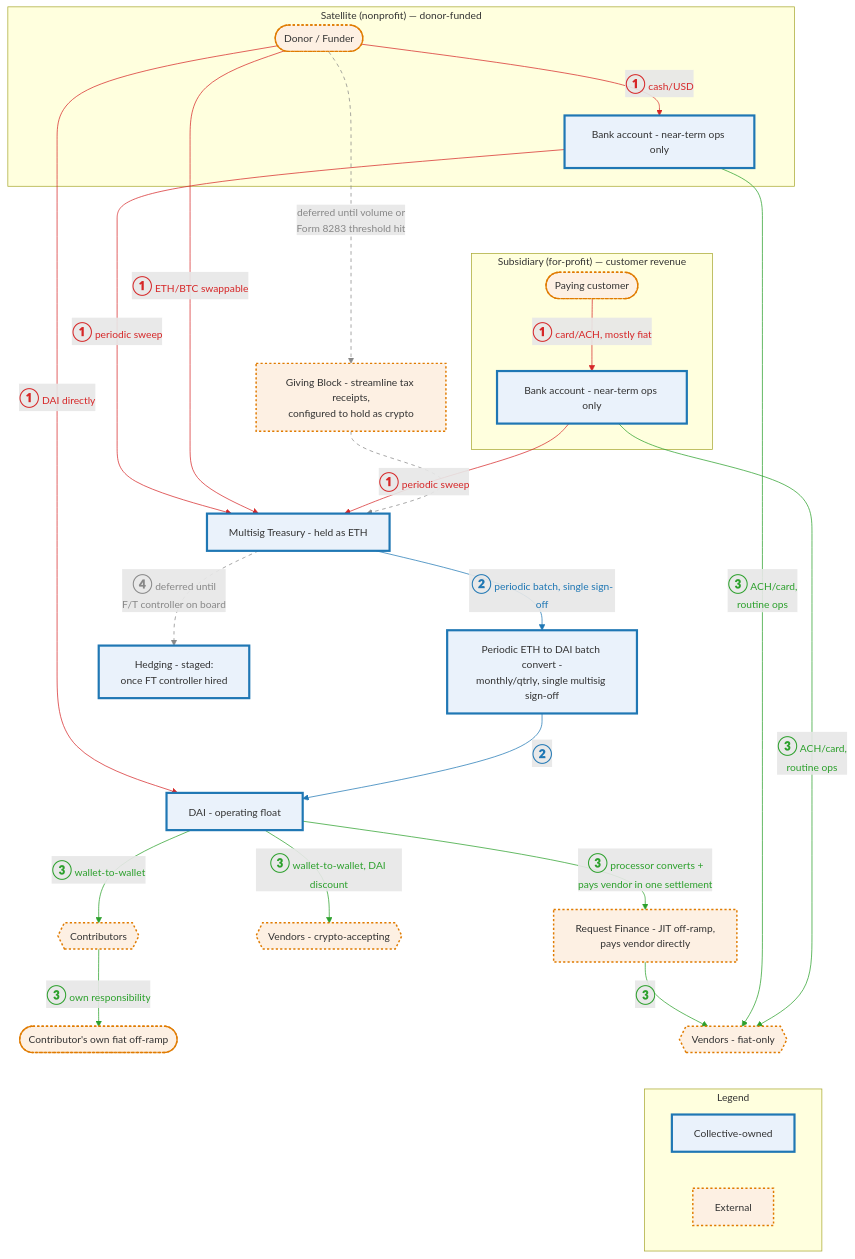
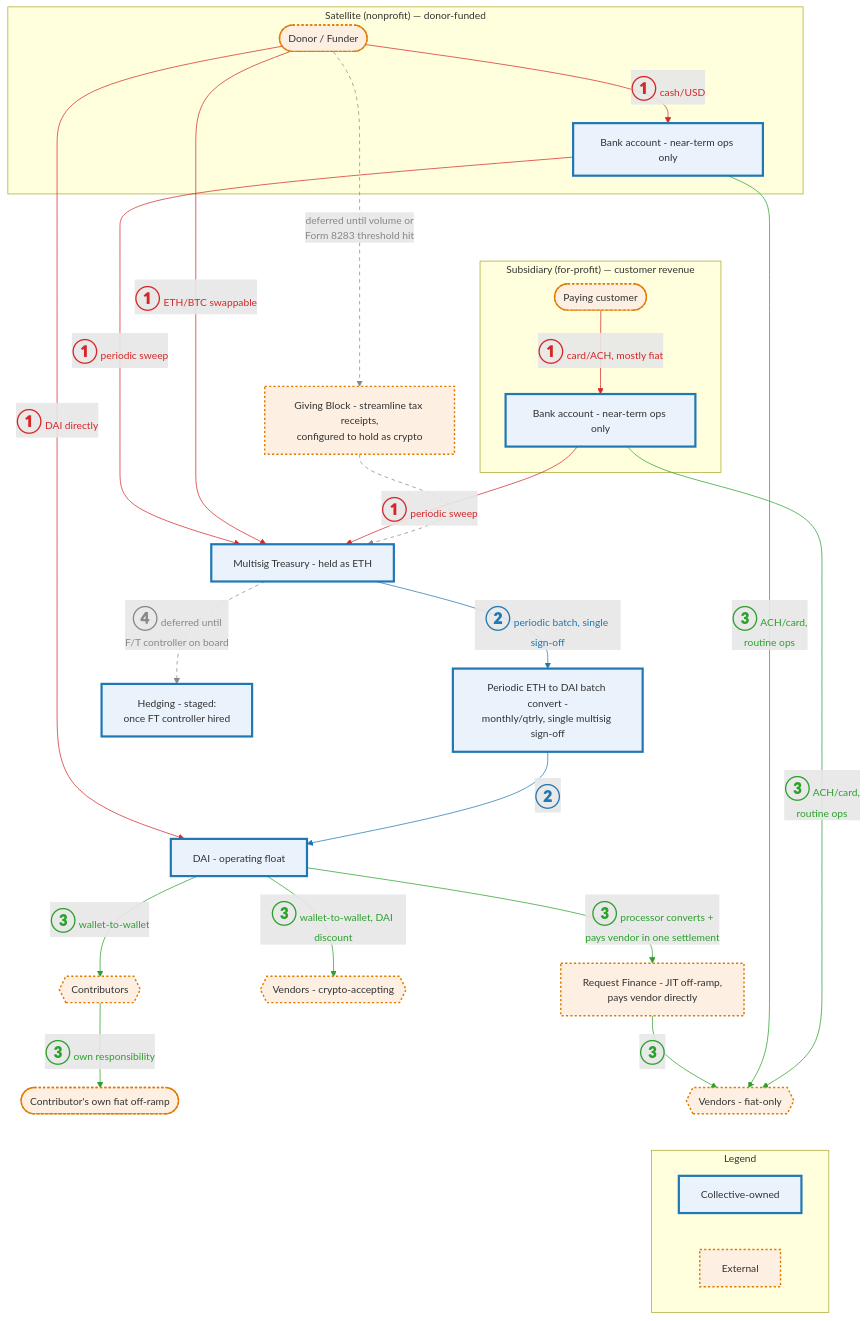
One commit to doikayt/admin changed the diagram in governance/diagrams/fund-flows.mmd. Above: the diagram before and after it, drawn with Mermaid. The commit also changed 4 other files, not shown here.

Commit message:
docs: bump circled flow numbers in diagrams to 2.3em

```diff
--- a/governance/diagrams/fund-flows.mmd
+++ b/governance/diagrams/fund-flows.mmd
@@ -1,66 +1,66 @@
 %%{init: {"themeVariables": {"fontSize": "14px"}}}%%
 flowchart TD
     subgraph SAT["Satellite (nonprofit) — donor-funded"]
         Donor([Donor / Funder])
         SatBank[Bank account - near-term ops only]
     end
 
     subgraph SUB["Subsidiary (for-profit) — customer revenue"]
         Customer([Paying customer])
         SubBank[Bank account - near-term ops only]
     end
 
     DonationProcessor[Giving Block - streamline tax receipts,<br/>configured to hold as crypto]
     Treasury[Multisig Treasury - held as ETH]
     BatchConvert[Periodic ETH to DAI batch convert -<br/>monthly/qtrly, single multisig sign-off]
     DAIFloat[DAI - operating float]
     Contributors{{Contributors}}
     ContribOfframp([Contributor's own fiat off-ramp])
     VendorsCrypto{{Vendors - crypto-accepting}}
     OffRampJIT[Request Finance - JIT off-ramp,<br/>pays vendor directly]
     VendorsFiat{{Vendors - fiat-only}}
     Hedge[Hedging - staged:<br/>once FT controller hired]
 
     subgraph LEGEND["Legend"]
         L1[Collective-owned]
         L2[External]
     end
 
-    Donor -- "<b style='font-size:1.8em'>①</b> cash/USD" --> SatBank
-    SatBank -- "<b style='font-size:1.8em'>①</b> periodic sweep" --> Treasury
-    Donor -- "<b style='font-size:1.8em'>①</b> DAI directly" --> DAIFloat
-    Donor -- "<b style='font-size:1.8em'>①</b> ETH/BTC swappable" --> Treasury
-    Customer -- "<b style='font-size:1.8em'>①</b> card/ACH, mostly fiat" --> SubBank
-    SubBank -- "<b style='font-size:1.8em'>①</b> periodic sweep" --> Treasury
+    Donor -- "<b style='font-size:2.3em'>①</b> cash/USD" --> SatBank
+    SatBank -- "<b style='font-size:2.3em'>①</b> periodic sweep" --> Treasury
+    Donor -- "<b style='font-size:2.3em'>①</b> DAI directly" --> DAIFloat
+    Donor -- "<b style='font-size:2.3em'>①</b> ETH/BTC swappable" --> Treasury
+    Customer -- "<b style='font-size:2.3em'>①</b> card/ACH, mostly fiat" --> SubBank
+    SubBank -- "<b style='font-size:2.3em'>①</b> periodic sweep" --> Treasury
 
     Donor -.->|"deferred until volume or<br/>Form 8283 threshold hit"| DonationProcessor
 
-    Treasury -- "<b style='font-size:1.8em'>②</b> periodic batch, single sign-off" --> BatchConvert
-    BatchConvert -- "<b style='font-size:1.8em'>②</b>" --> DAIFloat
+    Treasury -- "<b style='font-size:2.3em'>②</b> periodic batch, single sign-off" --> BatchConvert
+    BatchConvert -- "<b style='font-size:2.3em'>②</b>" --> DAIFloat
 
-    DAIFloat -- "<b style='font-size:1.8em'>③</b> wallet-to-wallet" --> Contributors
-    Contributors -- "<b style='font-size:1.8em'>③</b> own responsibility" --> ContribOfframp
-    DAIFloat -- "<b style='font-size:1.8em'>③</b> wallet-to-wallet, DAI discount" --> VendorsCrypto
-    DAIFloat -- "<b style='font-size:1.8em'>③</b> processor converts +<br/>pays vendor in one settlement" --> OffRampJIT
-    OffRampJIT -- "<b style='font-size:1.8em'>③</b>" --> VendorsFiat
-    SatBank -- "<b style='font-size:1.8em'>③</b> ACH/card,<br/>routine ops" --> VendorsFiat
-    SubBank -- "<b style='font-size:1.8em'>③</b> ACH/card,<br/>routine ops" --> VendorsFiat
+    DAIFloat -- "<b style='font-size:2.3em'>③</b> wallet-to-wallet" --> Contributors
+    Contributors -- "<b style='font-size:2.3em'>③</b> own responsibility" --> ContribOfframp
+    DAIFloat -- "<b style='font-size:2.3em'>③</b> wallet-to-wallet, DAI discount" --> VendorsCrypto
+    DAIFloat -- "<b style='font-size:2.3em'>③</b> processor converts +<br/>pays vendor in one settlement" --> OffRampJIT
+    OffRampJIT -- "<b style='font-size:2.3em'>③</b>" --> VendorsFiat
+    SatBank -- "<b style='font-size:2.3em'>③</b> ACH/card,<br/>routine ops" --> VendorsFiat
+    SubBank -- "<b style='font-size:2.3em'>③</b> ACH/card,<br/>routine ops" --> VendorsFiat
 
-    Treasury -.->|"<b style='font-size:1.8em'>④</b> deferred until<br/>F/T controller on board"| Hedge
+    Treasury -.->|"<b style='font-size:2.3em'>④</b> deferred until<br/>F/T controller on board"| Hedge
 
     SatBank ~~~ Customer
     VendorsFiat ~~~ LEGEND
     DonationProcessor -.-> Treasury
 
     linkStyle 0,1,2,3,4,5 stroke:#d62728,color:#d62728
     linkStyle 7,8 stroke:#1f77b4,color:#1f77b4
     linkStyle 9,10,11,12,13,14,15 stroke:#2ca02c,color:#2ca02c
     linkStyle 6,16,19 stroke:#888888,color:#888888,stroke-dasharray: 5 5
 
     classDef owned fill:#eaf2fb,stroke:#1f77b4,stroke-width:3px
     classDef external fill:#fdf0e3,stroke:#e07b00,stroke-width:2px,stroke-dasharray:3 3
     class L1 owned
     class L2 external
     class Treasury,SatBank,SubBank,BatchConvert,DAIFloat,Hedge owned
     class Donor,DonationProcessor,Customer,Contributors,ContribOfframp external
     class VendorsCrypto,OffRampJIT,VendorsFiat external
```
